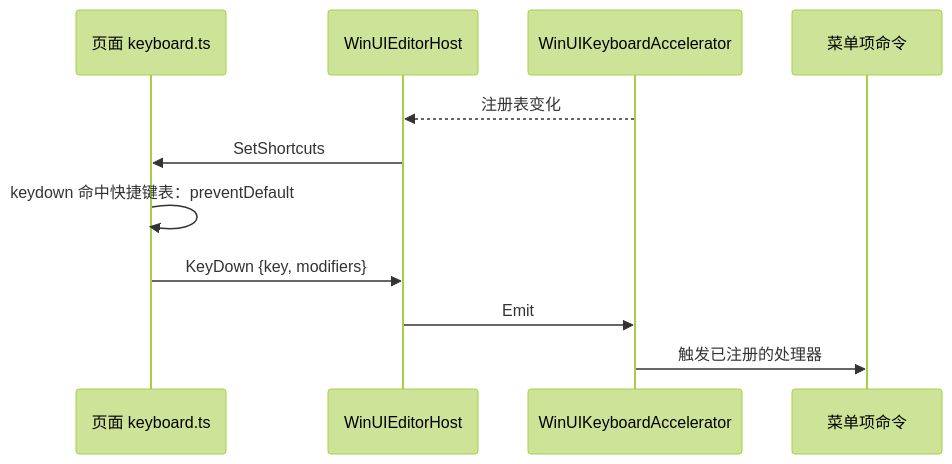
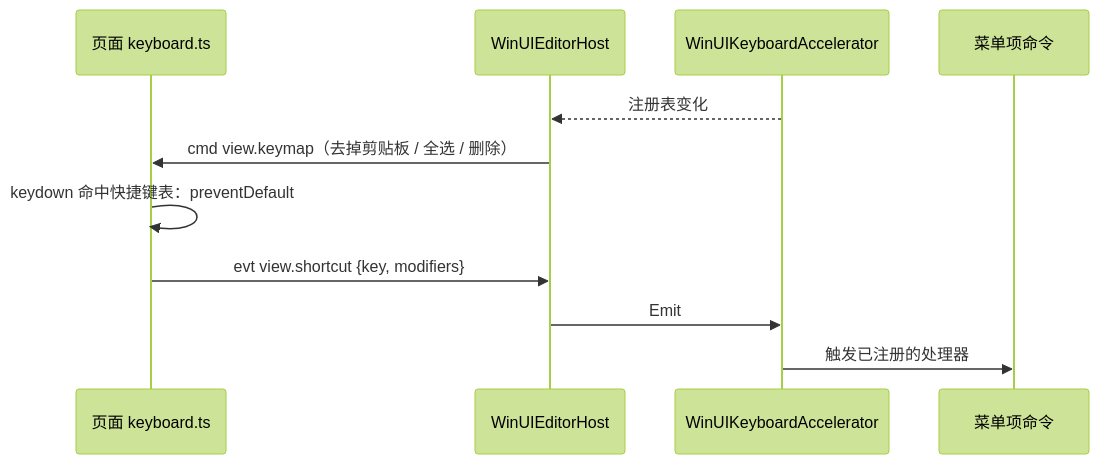
One commit to awarson2233/Typedown changed the sixth of 8 diagrams in docs/architecture.md. Above: the diagram before and after it, drawn with Mermaid (forest theme). The commit also changed other lines of this file and 2 other files, not shown here.

First line of the commit message:
Describe the new editor engine in architecture.md

````diff
--- a/docs/architecture.md
+++ b/docs/architecture.md
@@ -150,13 +187,13 @@
 ```mermaid
 sequenceDiagram
     participant P as 页面 keyboard.ts
     participant H as WinUIEditorHost
     participant A as WinUIKeyboardAccelerator
     participant M as 菜单项命令
     A-->>H: 注册表变化
-    H->>P: SetShortcuts
+    H->>P: cmd view.keymap（去掉剪贴板 / 全选 / 删除）
     P->>P: keydown 命中快捷键表：preventDefault
-    P->>H: KeyDown {key, modifiers}
+    P->>H: evt view.shortcut {key, modifiers}
     H->>A: Emit
     A->>M: 触发已注册的处理器
 ```
````
